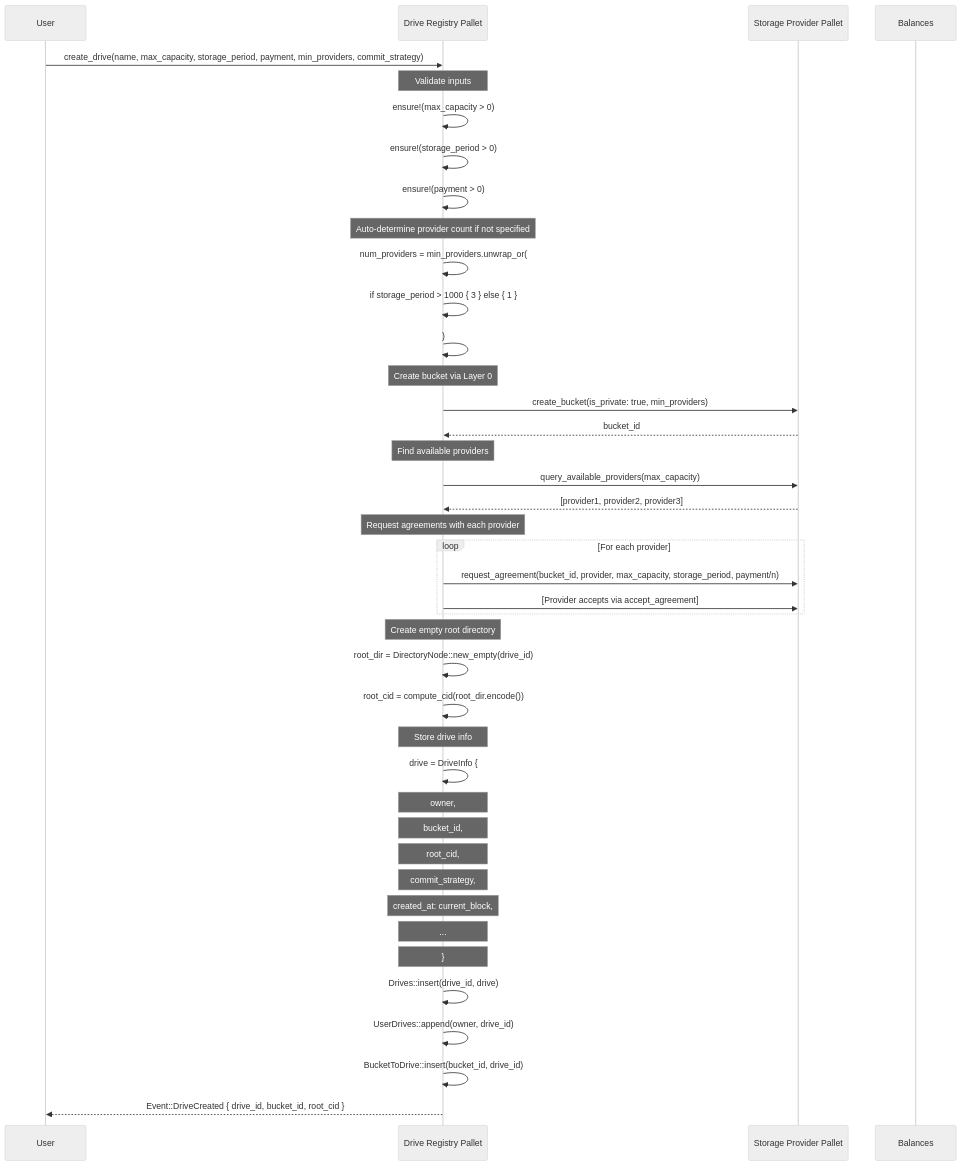
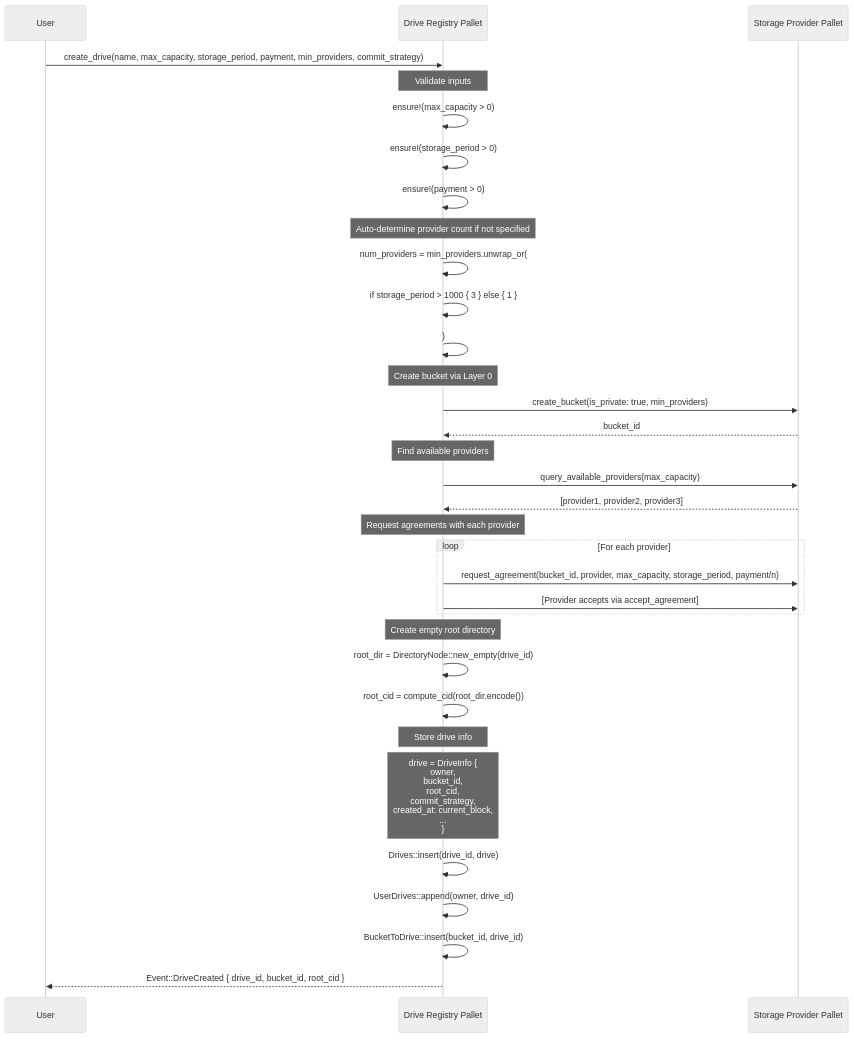
Diagram 12 of 13 in docs/design/EXECUTION_FLOWS.md (paritytech/web3-storage), drawn with Mermaid (neutral theme) before and after one commit. The commit also changed other lines of this file, not shown here.

First line of the commit message:
docs(EXECUTION_FLOWS): align ASCII box borders, tidy create_drive

````diff
--- a/docs/design/EXECUTION_FLOWS.md
+++ b/docs/design/EXECUTION_FLOWS.md
@@ -530,53 +530,45 @@
 ```mermaid
 sequenceDiagram
     participant U as User
     participant DR as Drive Registry Pallet
     participant SP as Storage Provider Pallet
-    participant B as Balances
 
     U->>DR: create_drive(name, max_capacity, storage_period, payment, min_providers, commit_strategy)
 
     Note over DR: Validate inputs
     DR->>DR: ensure!(max_capacity > 0)
     DR->>DR: ensure!(storage_period > 0)
     DR->>DR: ensure!(payment > 0)
 
     Note over DR: Auto-determine provider count if not specified
     DR->>DR: num_providers = min_providers.unwrap_or(
     DR->>DR:   if storage_period > 1000 { 3 } else { 1 }
     DR->>DR: )
 
     Note over DR: Create bucket via Layer 0
     DR->>SP: create_bucket(is_private: true, min_providers)
     SP-->>DR: bucket_id
 
     Note over DR: Find available providers
     DR->>SP: query_available_providers(max_capacity)
     SP-->>DR: [provider1, provider2, provider3]
 
     Note over DR: Request agreements with each provider
     loop For each provider
         DR->>SP: request_agreement(bucket_id, provider, max_capacity, storage_period, payment/n)
         DR->>SP: [Provider accepts via accept_agreement]
     end
 
     Note over DR: Create empty root directory
     DR->>DR: root_dir = DirectoryNode::new_empty(drive_id)
     DR->>DR: root_cid = compute_cid(root_dir.encode())
 
     Note over DR: Store drive info
-    DR->>DR: drive = DriveInfo {
-    Note over DR:   owner,
-    Note over DR:   bucket_id,
-    Note over DR:   root_cid,
-    Note over DR:   commit_strategy,
-    Note over DR:   created_at: current_block,
-    Note over DR:   ...
-    Note over DR: }
+    Note over DR: drive = DriveInfo {<br/> owner,<br/> bucket_id,<br/> root_cid,<br/> commit_strategy,<br/> created_at: current_block,<br/> ...<br/>}
 
     DR->>DR: Drives::insert(drive_id, drive)
     DR->>DR: UserDrives::append(owner, drive_id)
     DR->>DR: BucketToDrive::insert(bucket_id, drive_id)
 
     DR-->>U: Event::DriveCreated { drive_id, bucket_id, root_cid }
 ```
````
